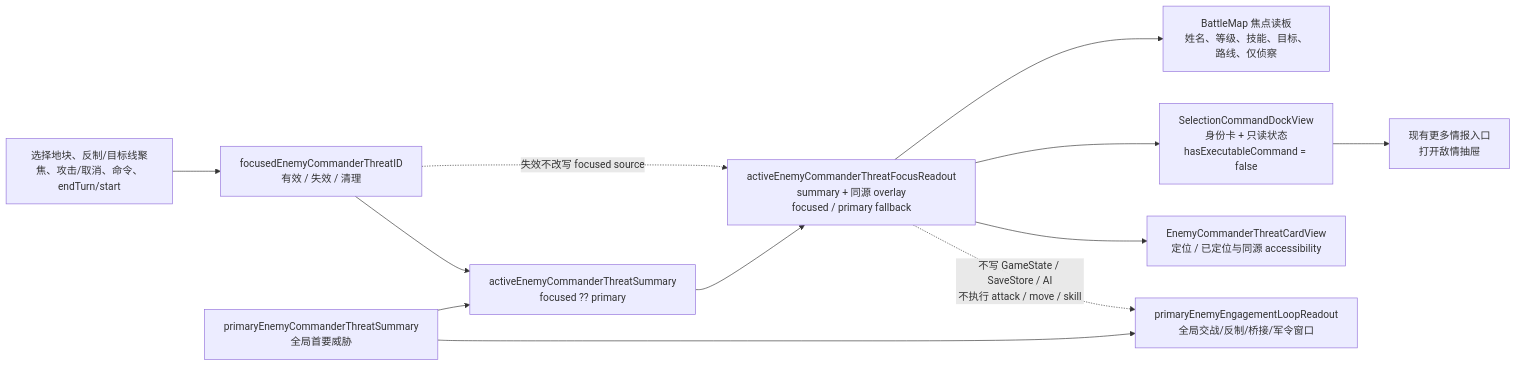
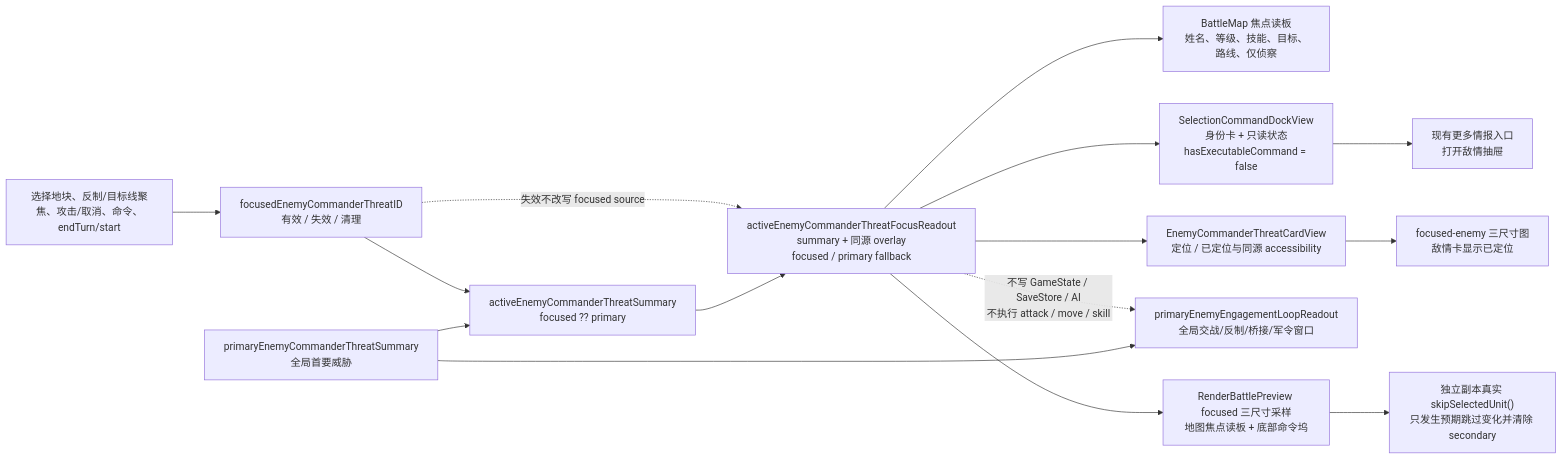
Before and after one commit to Altman-sam114/119: diagram 11 of 11 in md/flow/flowchart.md, drawn with Mermaid. The commit also changed 7 other files, not shown here.

````diff
--- a/md/flow/flowchart.md
+++ b/md/flow/flowchart.md
@@ -402,14 +402,17 @@
 ```mermaid
 flowchart LR
     P["primaryEnemyCommanderThreatSummary<br/>全局首要威胁"] --> A["activeEnemyCommanderThreatSummary<br/>focused ?? primary"]
     F["focusedEnemyCommanderThreatID<br/>有效 / 失效 / 清理"] --> A
     A --> R["activeEnemyCommanderThreatFocusReadout<br/>summary + 同源 overlay<br/>focused / primary fallback"]
     R --> M["BattleMap 焦点读板<br/>姓名、等级、技能、目标、路线、仅侦察"]
     R --> D["SelectionCommandDockView<br/>身份卡 + 只读状态<br/>hasExecutableCommand = false"]
     R --> C["EnemyCommanderThreatCardView<br/>定位 / 已定位与同源 accessibility"]
     D --> I["现有更多情报入口<br/>打开敌情抽屉"]
     S["选择地块、反制/目标线聚焦、攻击/取消、命令、endTurn/start"] --> F
     P --> G["primaryEnemyEngagementLoopReadout<br/>全局交战/反制/桥接/军令窗口"]
     F -.->|失效不改写 focused source| R
     R -.->|不写 GameState / SaveStore / AI<br/>不执行 attack / move / skill| G
+    R --> V["RenderBattlePreview focused 三尺寸采样<br/>地图焦点读板 + 底部命令坞"]
+    C --> W["focused-enemy 三尺寸图<br/>敌情卡显示已定位"]
+    V --> X["独立副本真实 skipSelectedUnit()<br/>只发生预期跳过变化并清除 secondary"]
 ```
````
